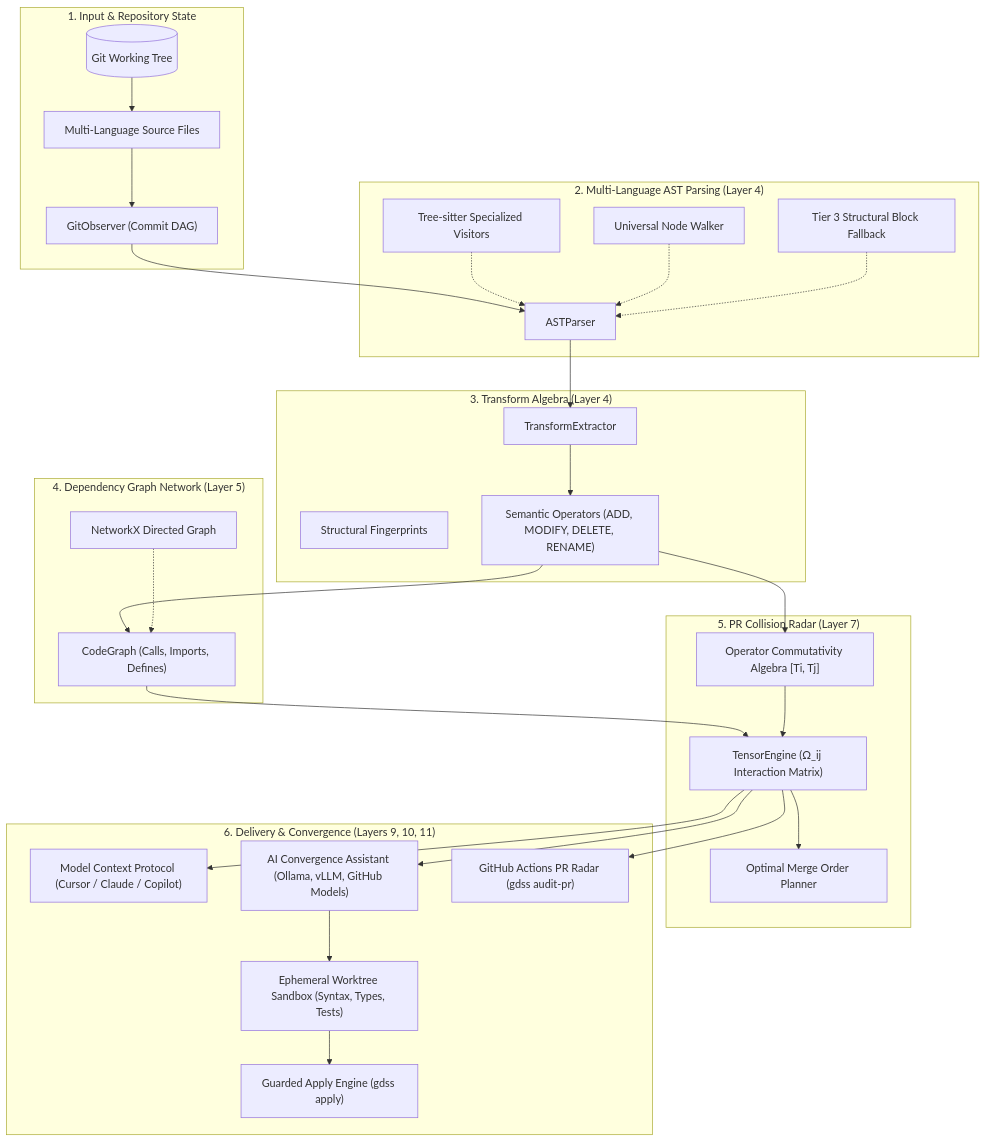
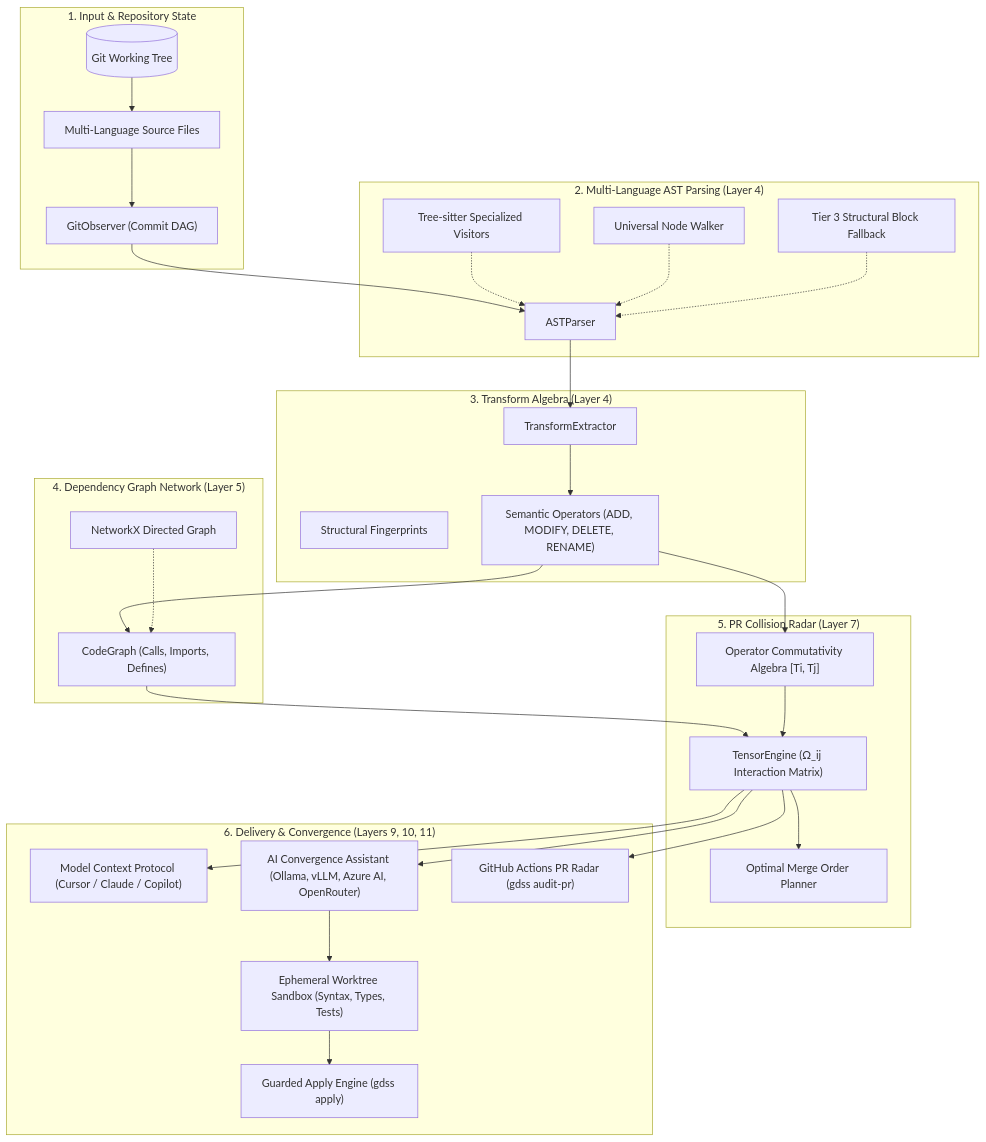
One commit to Sarthak2233/GDSS changed the diagram in docs/codebase_guide.md. Above: the diagram before and after it, drawn with Mermaid. The commit also changed 23 other files, not shown here.

Commit message:
feat(ai): purge retired GitHub Models, add Azure AI Foundry and Copilot CLI provider with strict tool denial

````diff
--- a/docs/codebase_guide.md
+++ b/docs/codebase_guide.md
@@ -43,53 +43,53 @@
 ```mermaid
 flowchart TD
     subgraph Input ["1. Input & Repository State"]
         GitRepo[("Git Working Tree")]
         Files["Multi-Language Source Files"]
         Observer["GitObserver (Commit DAG)"]
     end
 
     subgraph ParserLayer ["2. Multi-Language AST Parsing (Layer 4)"]
         TS["Tree-sitter Specialized Visitors"]
         Walk["Universal Node Walker"]
         Fall["Tier 3 Structural Block Fallback"]
         AST["ASTParser"]
     end
 
     subgraph OperatorLayer ["3. Transform Algebra (Layer 4)"]
         Fing["Structural Fingerprints"]
         Extractor["TransformExtractor"]
         Ops["Semantic Operators (ADD, MODIFY, DELETE, RENAME)"]
     end
 
     subgraph GraphLayer ["4. Dependency Graph Network (Layer 5)"]
         NX["NetworkX Directed Graph"]
         CodeGraph["CodeGraph (Calls, Imports, Defines)"]
     end
 
     subgraph ConflictLayer ["5. PR Collision Radar (Layer 7)"]
         Commute["Operator Commutativity Algebra [Ti, Tj]"]
         Tensor["TensorEngine (Ω_ij Interaction Matrix)"]
         Order["Optimal Merge Order Planner"]
     end
 
     subgraph DeliveryLayer ["6. Delivery & Convergence (Layers 9, 10, 11)"]
         MCP["Model Context Protocol (Cursor / Claude / Copilot)"]
-        Suggester["AI Convergence Assistant (Ollama, vLLM, GitHub Models)"]
+        Suggester["AI Convergence Assistant (Ollama, vLLM, Azure AI, OpenRouter)"]
         Sandbox["Ephemeral Worktree Sandbox (Syntax, Types, Tests)"]
         Apply["Guarded Apply Engine (gdss apply)"]
         CI["GitHub Actions PR Radar (gdss audit-pr)"]
     end
 
     GitRepo --> Files --> Observer --> AST
     TS -.-> AST
     Walk -.-> AST
     Fall -.-> AST
     AST --> Extractor --> Ops --> CodeGraph
     NX -.-> CodeGraph
     CodeGraph --> Tensor
     Ops --> Commute --> Tensor
     Tensor --> Order
     Tensor --> MCP
     Tensor --> Suggester --> Sandbox --> Apply
     Tensor --> CI
 ```
````
